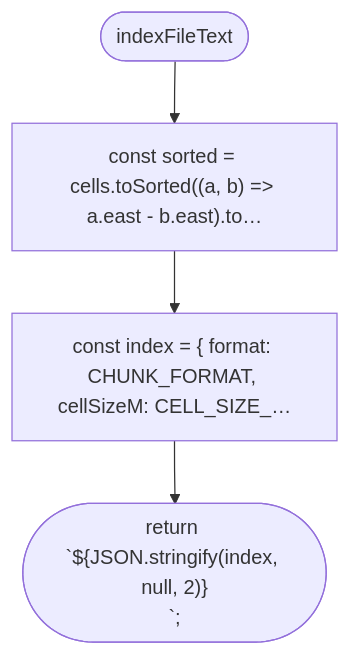
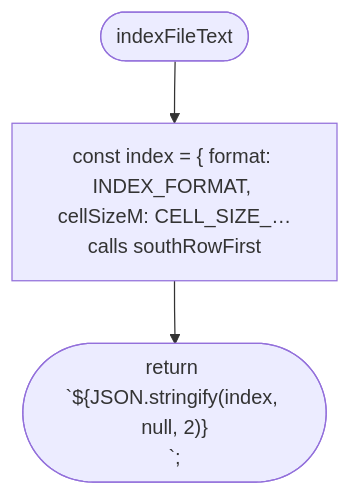
Before and after one commit to NewDara-Star/world-engine: the third of 4 diagrams in docs/flows/tools/bake/chunk-text.md, drawn with Mermaid. The commit also changed other lines of this file and 306 other files, not shown here.

````diff
--- a/docs/flows/tools/bake/chunk-text.md
+++ b/docs/flows/tools/bake/chunk-text.md
@@ -59,10 +59,8 @@
 ```mermaid
 flowchart TD
   n1(["indexFileText"])
-  n2["const sorted = cells.toSorted((a, b) =#gt; a.east - b.east).to…"]
-  n3["const index = { format: CHUNK_FORMAT, cellSizeM: CELL_SIZE_…"]
-  n4(["return #96;${JSON.stringify(index, null, 2)}\n#96;;"])
+  n2["const index = { format: INDEX_FORMAT, cellSizeM: CELL_SIZE_…<br/>calls southRowFirst"]
+  n3(["return #96;${JSON.stringify(index, null, 2)}\n#96;;"])
   n1 --> n2
   n2 --> n3
-  n3 --> n4
 ```
````
